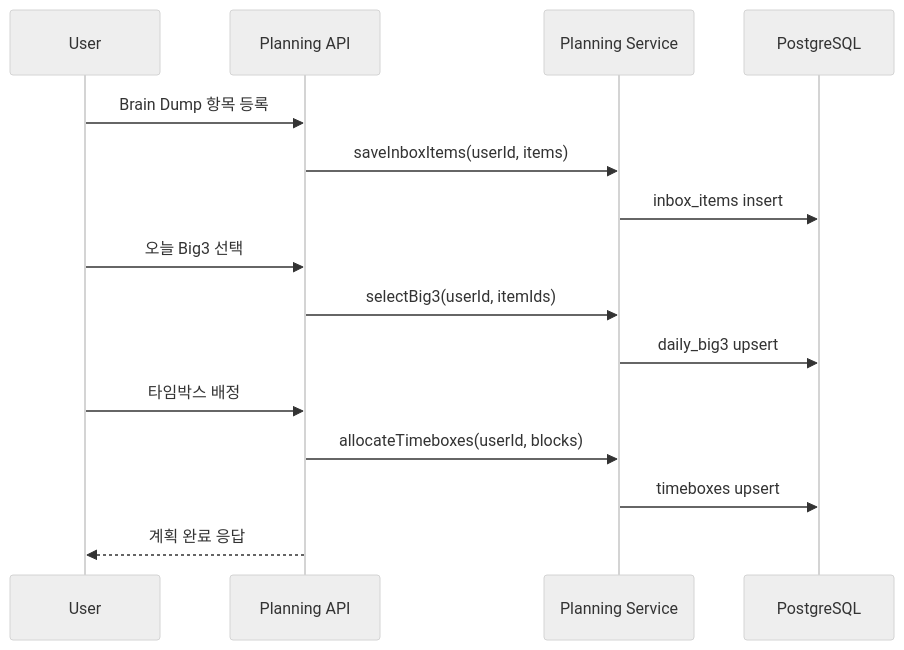
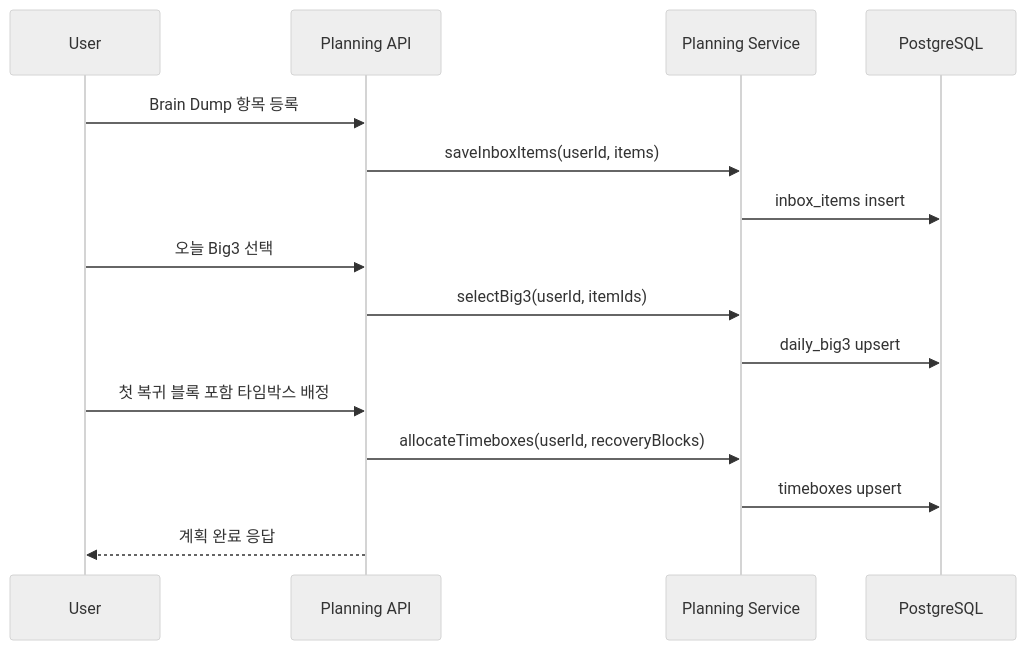
Before and after one commit to Scriptorium-Bright/focus-keeper-backend: the second of 6 diagrams in docs/spec/KEY_FLOWS.md, drawn with Mermaid (neutral theme). The commit also changed other lines of this file and 63 other files, not shown here.

````diff
--- a/docs/spec/KEY_FLOWS.md
+++ b/docs/spec/KEY_FLOWS.md
@@ -35,18 +117,18 @@
 ```mermaid
 sequenceDiagram
   participant U as User
   participant API as Planning API
   participant S as Planning Service
   participant DB as PostgreSQL
 
   U->>API: Brain Dump 항목 등록
   API->>S: saveInboxItems(userId, items)
   S->>DB: inbox_items insert
   U->>API: 오늘 Big3 선택
   API->>S: selectBig3(userId, itemIds)
   S->>DB: daily_big3 upsert
-  U->>API: 타임박스 배정
-  API->>S: allocateTimeboxes(userId, blocks)
+  U->>API: 첫 복귀 블록 포함 타임박스 배정
+  API->>S: allocateTimeboxes(userId, recoveryBlocks)
   S->>DB: timeboxes upsert
   API-->>U: 계획 완료 응답
 ```
````
